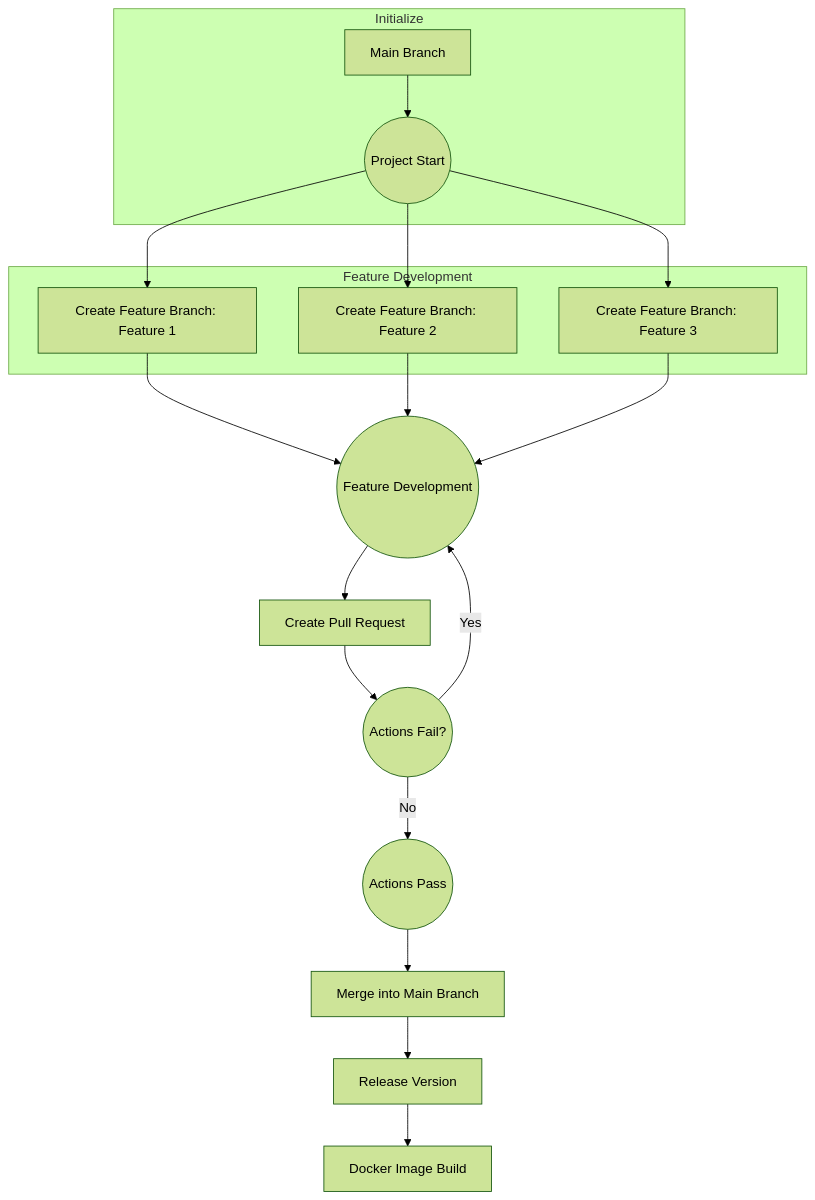
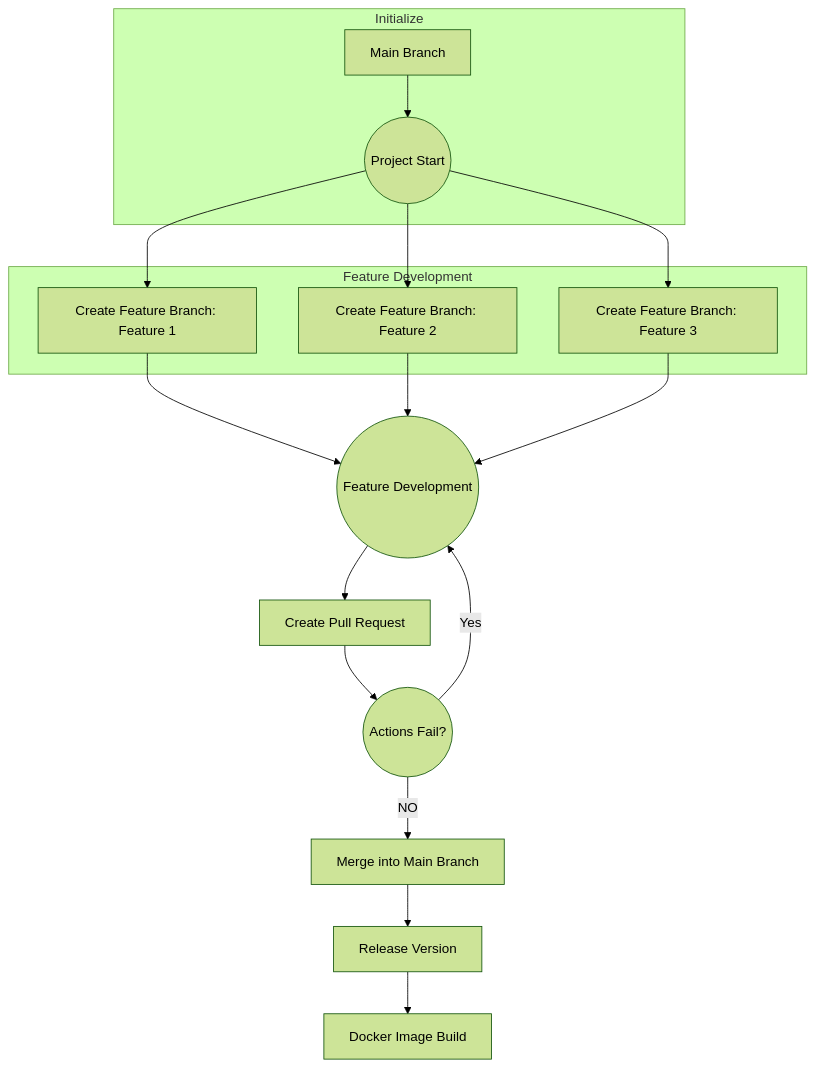
Before and after one commit to FMotalleb/cord-locator: the diagram in README.md, drawn with Mermaid (forest theme).

````diff
--- a/README.md
+++ b/README.md
@@ -27,25 +27,24 @@
 ```mermaid
 flowchart TB
     subgraph "Initialize"
         A[Main Branch] --> B((Project Start))
     end
 
     subgraph "Feature Development"
         B --> C[Create Feature Branch: Feature 1]
         B --> D[Create Feature Branch: Feature 2]
         B --> E[Create Feature Branch: Feature 3]
     end
 
     C --> F((Feature Development))
     D --> F
     E --> F
 
     F --> G[Create Pull Request]
     G --> H((Actions Fail?))
     H --> |Yes| F
-    H --> |No| I((Actions Pass))
-    I --> J[Merge into Main Branch]
+    H --> |NO| J[Merge into Main Branch]
     
     J --> K[Release Version]
     K --> M[Docker Image Build]
 ```
````
